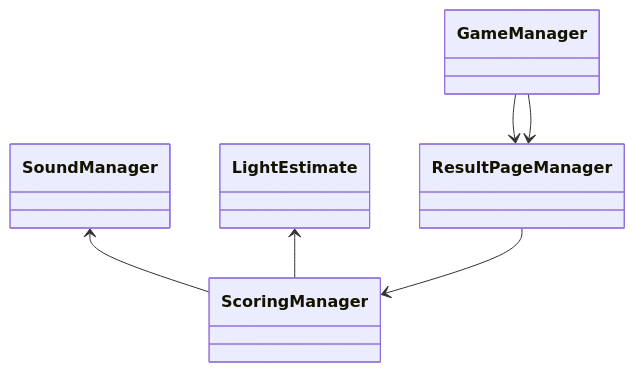
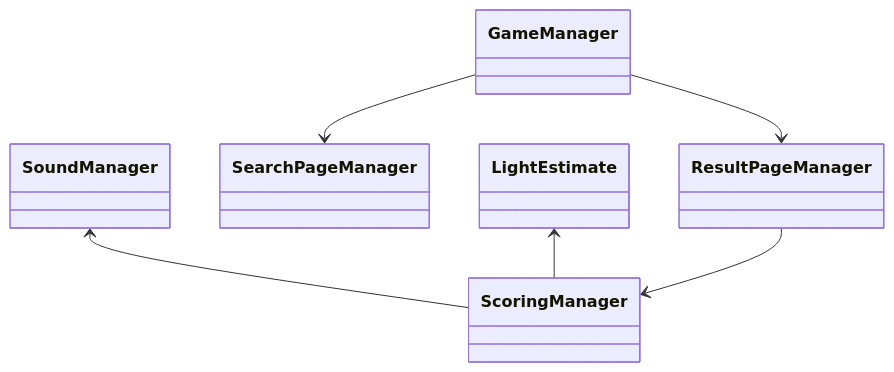
One commit to henohenon/HackzStego changed the diagram in Assets/Scripts/classdiagram.md. Above: the diagram before and after it, drawn with Mermaid. The commit also changed 4 other files, not shown here.

````diff
--- a/Assets/Scripts/classdiagram.md
+++ b/Assets/Scripts/classdiagram.md
@@ -1,9 +1,9 @@
 ```mermaid
 classDiagram
 
 GameManager --> ResultPageManager
-GameManager --> ResultPageManager
+GameManager --> SearchPageManager
 SoundManager <-- ScoringManager
 LightEstimate <-- ScoringManager
 ResultPageManager --> ScoringManager
 ```
````
